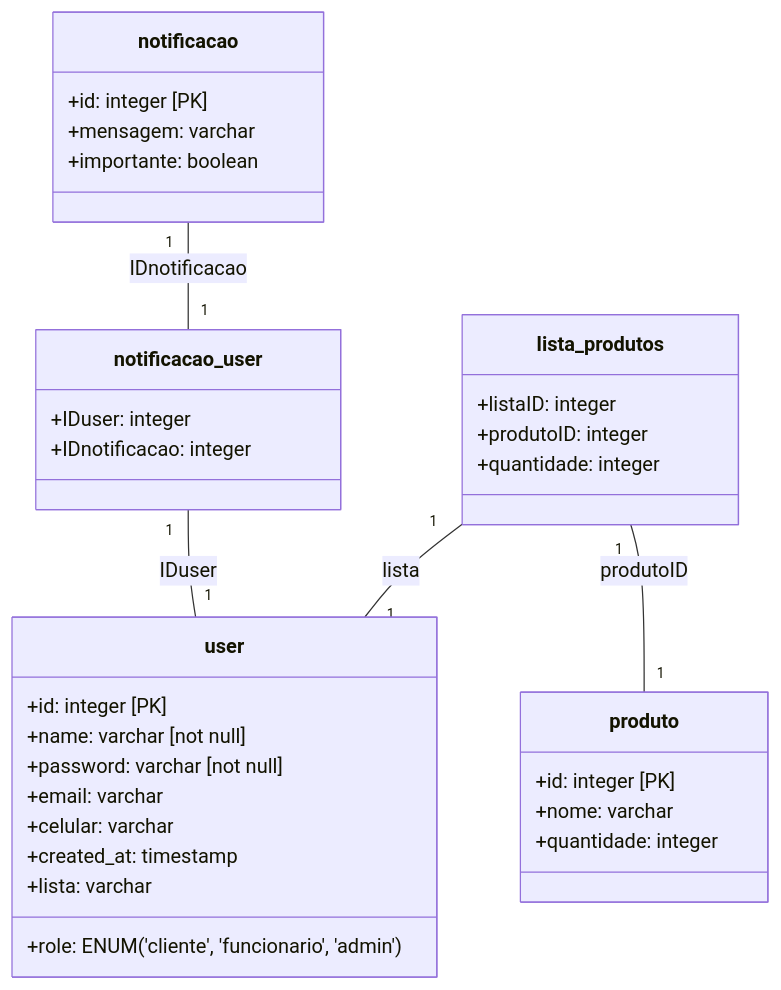
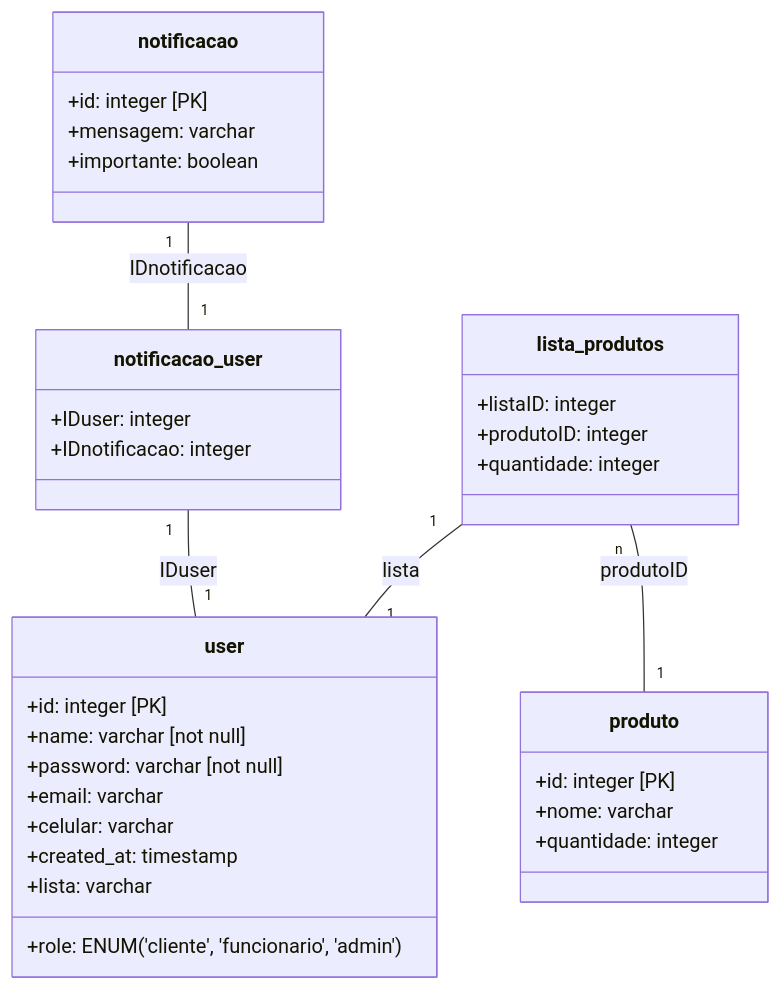
The diagram in README.md (iShoockx/Projetos-3), drawn with Mermaid before and after one commit.

````diff
--- a/README.md
+++ b/README.md
@@ -13,45 +13,45 @@
 ```mermaid
 classDiagram
 direction TB
 
 class user {
   +id: integer [PK]
   +name: varchar [not null]
   +password: varchar [not null]
   +email: varchar
   +celular: varchar
   +role: ENUM('cliente', 'funcionario', 'admin')
   +created_at: timestamp
   +lista: varchar
 }
 
 class produto {
   +id: integer [PK]
   +nome: varchar
   +quantidade: integer
 }
 
 class lista_produtos {
   +listaID: integer
   +produtoID: integer
   +quantidade: integer
 }
 
 class notificacao {
   +id: integer [PK]
   +mensagem: varchar
   +importante: boolean
 }
 
 class notificacao_user {
   +IDuser: integer
   +IDnotificacao: integer
 }
 
 
 %% Relacionamentos
 lista_produtos "1" -- "1" user : lista
-lista_produtos "1" -- "1" produto : produtoID
+lista_produtos "n" -- "1" produto : produtoID
 notificacao_user "1" -- "1" user : IDuser
 notificacao "1" -- "1" notificacao_user : IDnotificacao
 ```
````
